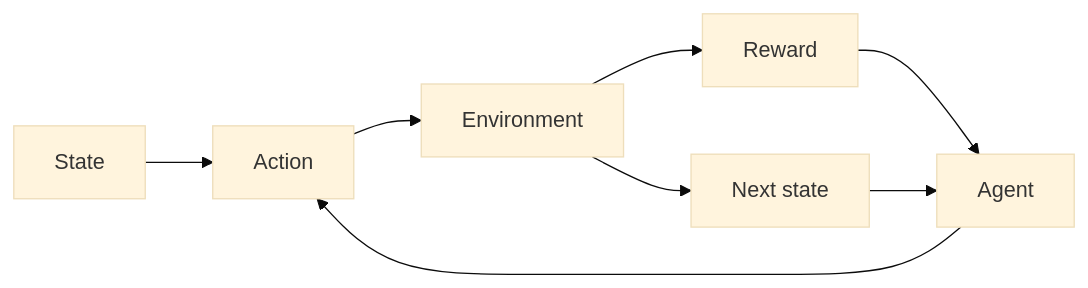
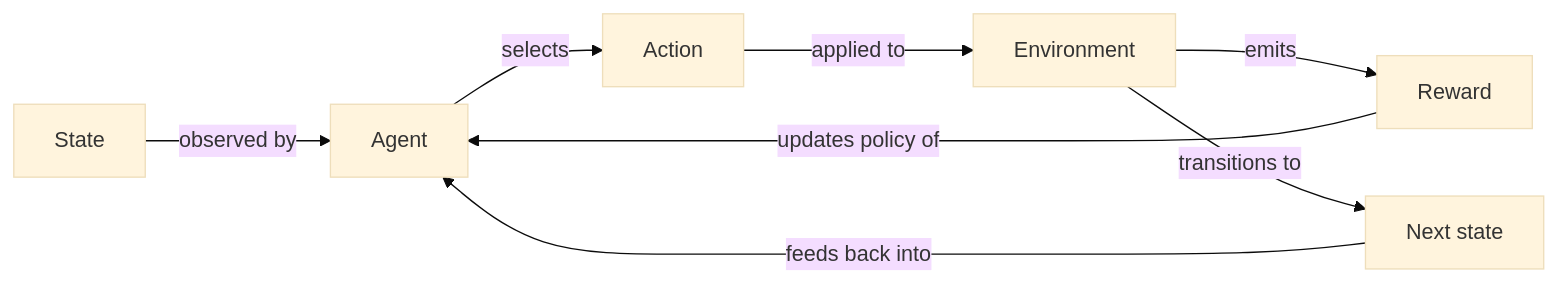
Before and after one commit to EmersonBraun/ai-summary-hub: the diagram in docs/rl/index.md, drawn with Mermaid (base theme). The commit also changed other lines of this file and 77 other files, not shown here.

````diff
--- a/docs/rl/index.md
+++ b/docs/rl/index.md
@@ -21,10 +25,10 @@
 ```mermaid
 flowchart LR
-  S[State] --> A[Action]
-  A --> E[Environment]
-  E --> R[Reward]
-  E --> S2[Next state]
-  R --> Agent[Agent]
-  S2 --> Agent
-  Agent --> A
+  S[State] -->|observed by| Agent[Agent]
+  Agent -->|selects| A[Action]
+  A -->|applied to| E[Environment]
+  E -->|emits| R[Reward]
+  E -->|transitions to| S2[Next state]
+  R -->|updates policy of| Agent
+  S2 -->|feeds back into| Agent
 ```
````
